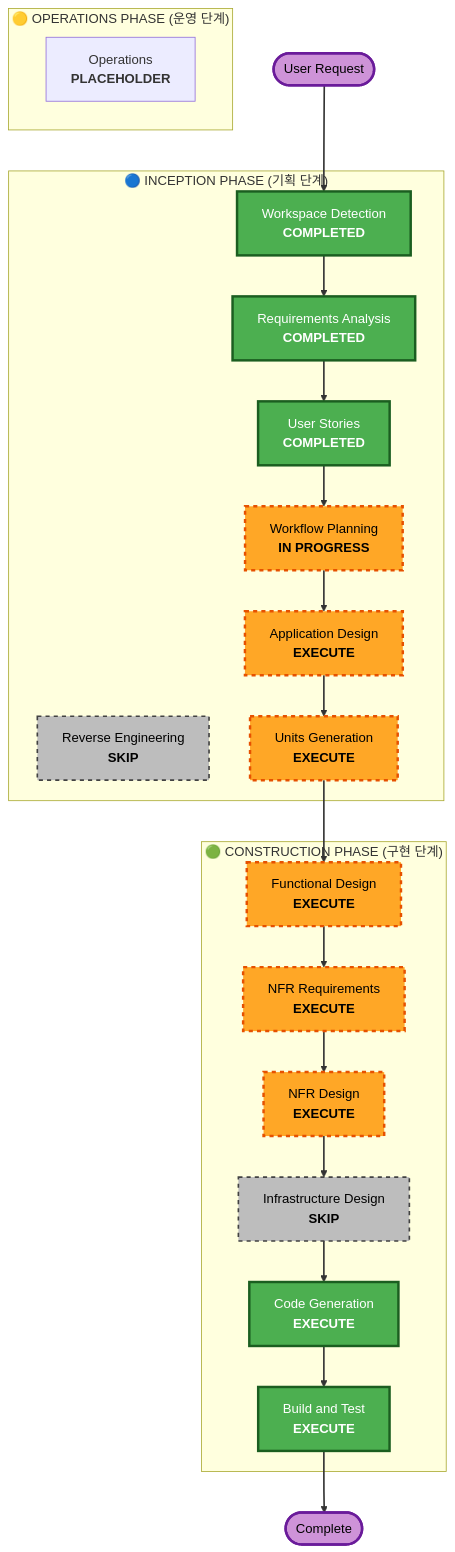
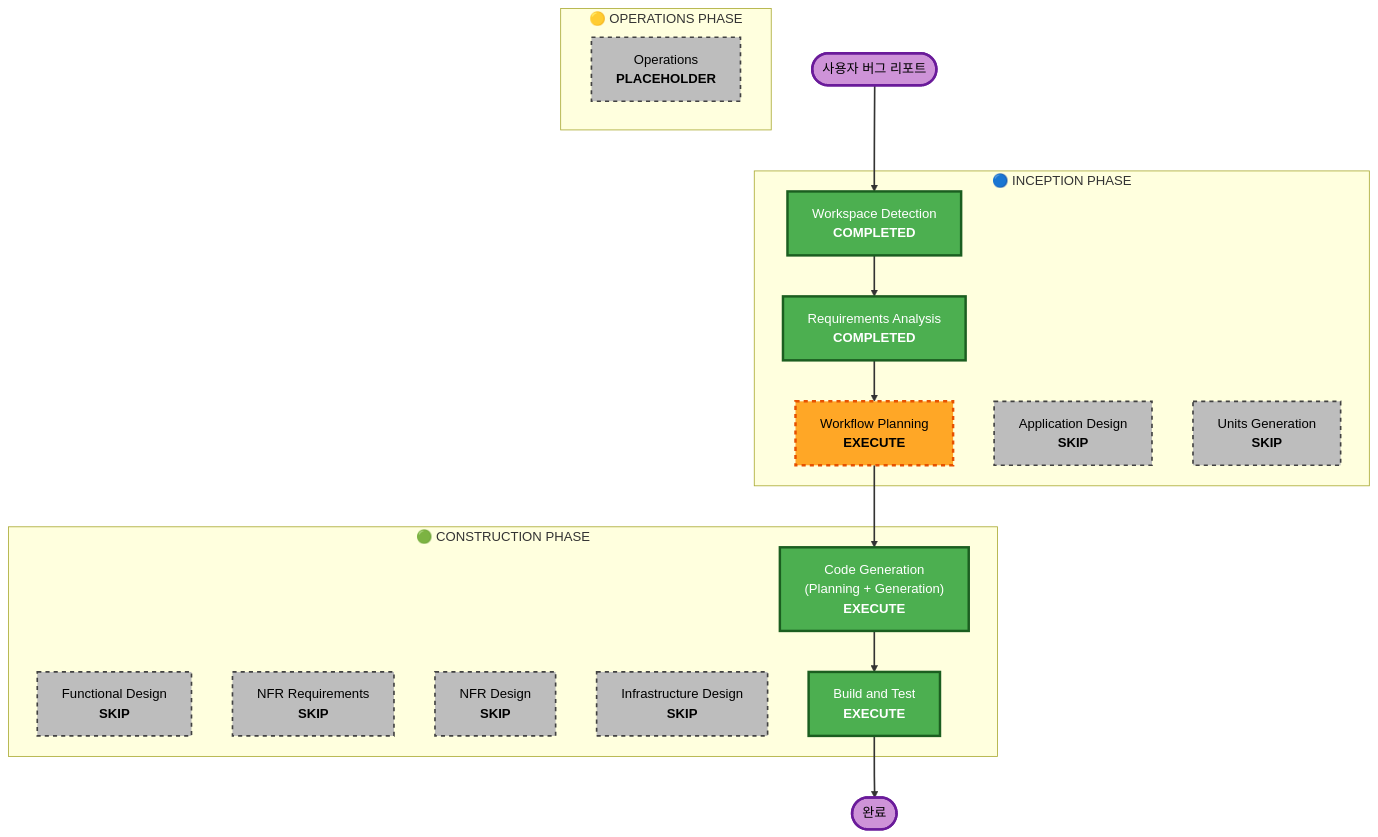
One commit to dlhwang/CliExecutionPlatform changed the diagram in aidlc-docs/inception/plans/execution-plan.md. Above: the diagram before and after it, drawn with Mermaid. The commit also changed other lines of this file and 10 other files, not shown here.

````diff
--- a/aidlc-docs/inception/plans/execution-plan.md
+++ b/aidlc-docs/inception/plans/execution-plan.md
@@ -41,63 +38,50 @@
 ```mermaid
 flowchart TD
-    Start(["User Request"])
+    Start(["사용자 버그 리포트"])
     
-    subgraph INCEPTION["🔵 INCEPTION PHASE (기획 단계)"]
+    subgraph INCEPTION["🔵 INCEPTION PHASE"]
         WD["Workspace Detection<br/><b>COMPLETED</b>"]
-        RE["Reverse Engineering<br/><b>SKIP</b>"]
         RA["Requirements Analysis<br/><b>COMPLETED</b>"]
-        US["User Stories<br/><b>COMPLETED</b>"]
-        WP["Workflow Planning<br/><b>IN PROGRESS</b>"]
-        AD["Application Design<br/><b>EXECUTE</b>"]
-        UG["Units Generation<br/><b>EXECUTE</b>"]
+        WP["Workflow Planning<br/><b>EXECUTE</b>"]
+        AD["Application Design<br/><b>SKIP</b>"]
+        UG["Units Generation<br/><b>SKIP</b>"]
     end
     
-    subgraph CONSTRUCTION["🟢 CONSTRUCTION PHASE (구현 단계)"]
-        FD["Functional Design<br/><b>EXECUTE</b>"]
-        NFRA["NFR Requirements<br/><b>EXECUTE</b>"]
-        NFRD["NFR Design<br/><b>EXECUTE</b>"]
+    subgraph CONSTRUCTION["🟢 CONSTRUCTION PHASE"]
+        FD["Functional Design<br/><b>SKIP</b>"]
+        NFRA["NFR Requirements<br/><b>SKIP</b>"]
+        NFRD["NFR Design<br/><b>SKIP</b>"]
         ID["Infrastructure Design<br/><b>SKIP</b>"]
-        CG["Code Generation<br/><b>EXECUTE</b>"]
+        CG["Code Generation<br/>(Planning + Generation)<br/><b>EXECUTE</b>"]
         BT["Build and Test<br/><b>EXECUTE</b>"]
     end
     
-    subgraph OPERATIONS["🟡 OPERATIONS PHASE (운영 단계)"]
+    subgraph OPERATIONS["🟡 OPERATIONS PHASE"]
         OPS["Operations<br/><b>PLACEHOLDER</b>"]
     end
     
     Start --> WD
     WD --> RA
-    RA --> US
-    US --> WP
-    WP --> AD
-    AD --> UG
-    UG --> FD
-    FD --> NFRA
-    NFRA --> NFRD
-    NFRD --> ID
-    ID --> CG
+    RA --> WP
+    WP --> CG
     CG --> BT
-    BT --> End(["Complete"])
+    BT --> End(["완료"])
     
+    style WD fill:#4CAF50,stroke:#1B5E20,stroke-width:3px,color:#fff
+    style RA fill:#4CAF50,stroke:#1B5E20,stroke-width:3px,color:#fff
+    style WP fill:#FFA726,stroke:#E65100,stroke-width:3px,stroke-dasharray: 5 5,color:#000
+    style AD fill:#BDBDBD,stroke:#424242,stroke-width:2px,stroke-dasharray: 5 5,color:#000
+    style UG fill:#BDBDBD,stroke:#424242,stroke-width:2px,stroke-dasharray: 5 5,color:#000
+    
+    style FD fill:#BDBDBD,stroke:#424242,stroke-width:2px,stroke-dasharray: 5 5,color:#000
+    style NFRA fill:#BDBDBD,stroke:#424242,stroke-width:2px,stroke-dasharray: 5 5,color:#000
+    style NFRD fill:#BDBDBD,stroke:#424242,stroke-width:2px,stroke-dasharray: 5 5,color:#000
+    style ID fill:#BDBDBD,stroke:#424242,stroke-width:2px,stroke-dasharray: 5 5,color:#000
+    style CG fill:#4CAF50,stroke:#1B5E20,stroke-width:3px,color:#fff
+    style BT fill:#4CAF50,stroke:#1B5E20,stroke-width:3px,color:#fff
+    style OPS fill:#BDBDBD,stroke:#424242,stroke-width:2px,stroke-dasharray: 5 5,color:#000
     style Start fill:#CE93D8,stroke:#6A1B9A,stroke-width:3px,color:#000
     style End fill:#CE93D8,stroke:#6A1B9A,stroke-width:3px,color:#000
     
-    style WD fill:#4CAF50,stroke:#1B5E20,stroke-width:3px,color:#fff
-    style RA fill:#4CAF50,stroke:#1B5E20,stroke-width:3px,color:#fff
-    style US fill:#4CAF50,stroke:#1B5E20,stroke-width:3px,color:#fff
-    style RE fill:#BDBDBD,stroke:#424242,stroke-width:2px,stroke-dasharray: 5 5,color:#000
-    
-    style WP fill:#FFA726,stroke:#E65100,stroke-width:3px,stroke-dasharray: 5 5,color:#000
-    style AD fill:#FFA726,stroke:#E65100,stroke-width:3px,stroke-dasharray: 5 5,color:#000
-    style UG fill:#FFA726,stroke:#E65100,stroke-width:3px,stroke-dasharray: 5 5,color:#000
-    
-    style FD fill:#FFA726,stroke:#E65100,stroke-width:3px,stroke-dasharray: 5 5,color:#000
-    style NFRA fill:#FFA726,stroke:#E65100,stroke-width:3px,stroke-dasharray: 5 5,color:#000
-    style NFRD fill:#FFA726,stroke:#E65100,stroke-width:3px,stroke-dasharray: 5 5,color:#000
-    style ID fill:#BDBDBD,stroke:#424242,stroke-width:2px,stroke-dasharray: 5 5,color:#000
-    
-    style CG fill:#4CAF50,stroke:#1B5E20,stroke-width:3px,color:#fff
-    style BT fill:#4CAF50,stroke:#1B5E20,stroke-width:3px,color:#fff
-    
     linkStyle default stroke:#333,stroke-width:2px
 ```
````
